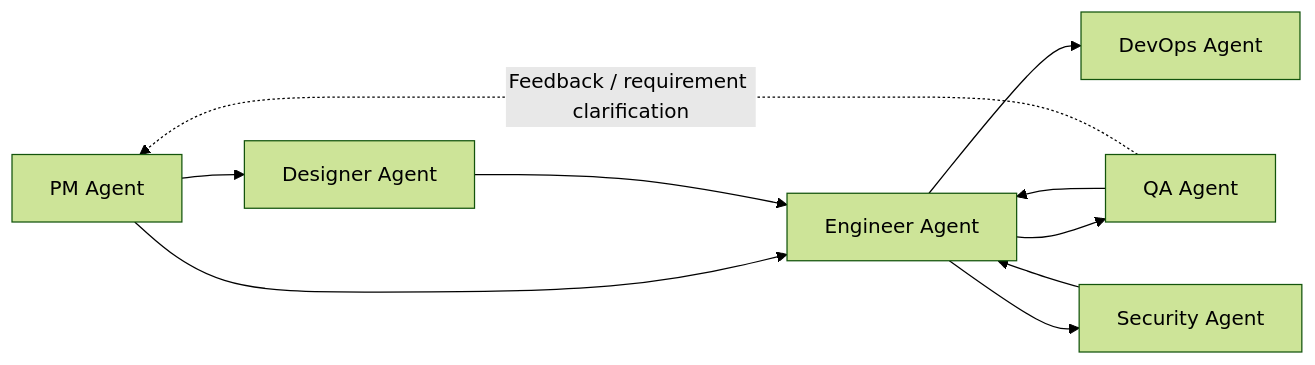
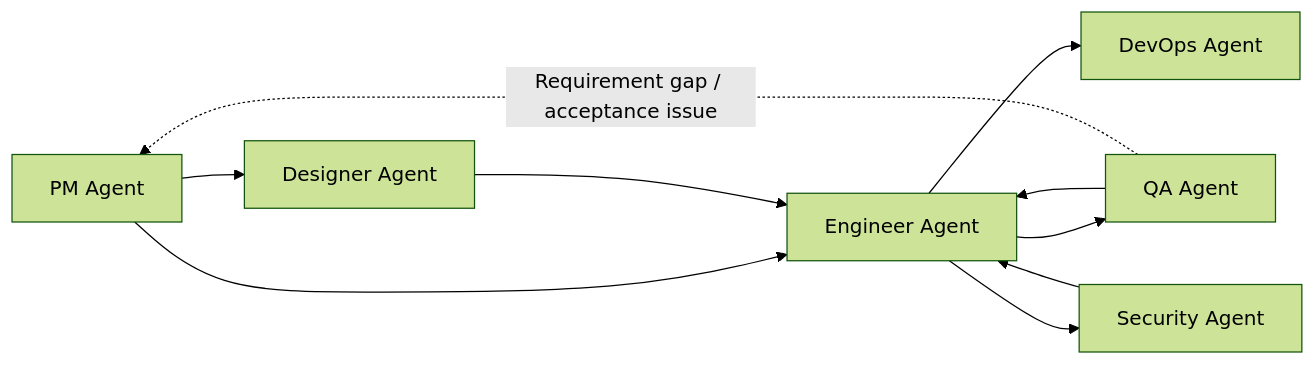
Before and after one commit to Neplich/dev-agent-skills: the diagram in README.md, drawn with Mermaid (forest theme). The commit also changed other lines of this file and 13 other files, not shown here.

````diff
--- a/README.md
+++ b/README.md
@@ -61,12 +52,12 @@
 ```mermaid
-graph LR
+flowchart LR
     PM["PM Agent"] --> Designer["Designer Agent"]
     PM --> Engineer["Engineer Agent"]
     Designer --> Engineer
     Engineer --> QA["QA Agent"]
     QA --> Engineer
-    QA -. "Feedback / requirement clarification" .-> PM
+    QA -. "Requirement gap / acceptance issue" .-> PM
     Engineer --> DevOps["DevOps Agent"]
     Engineer --> Security["Security Agent"]
     Security --> Engineer
 ```
````
